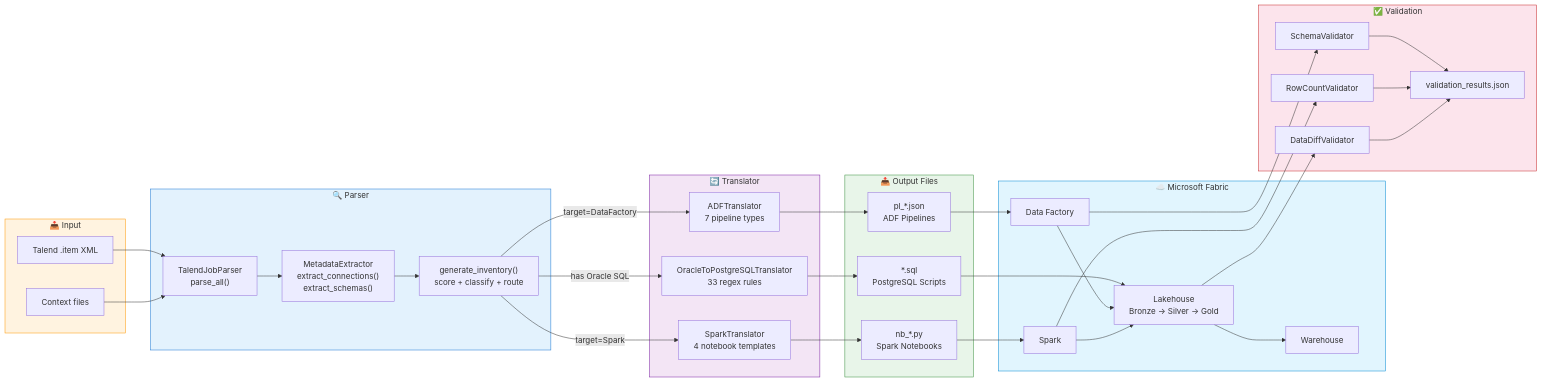
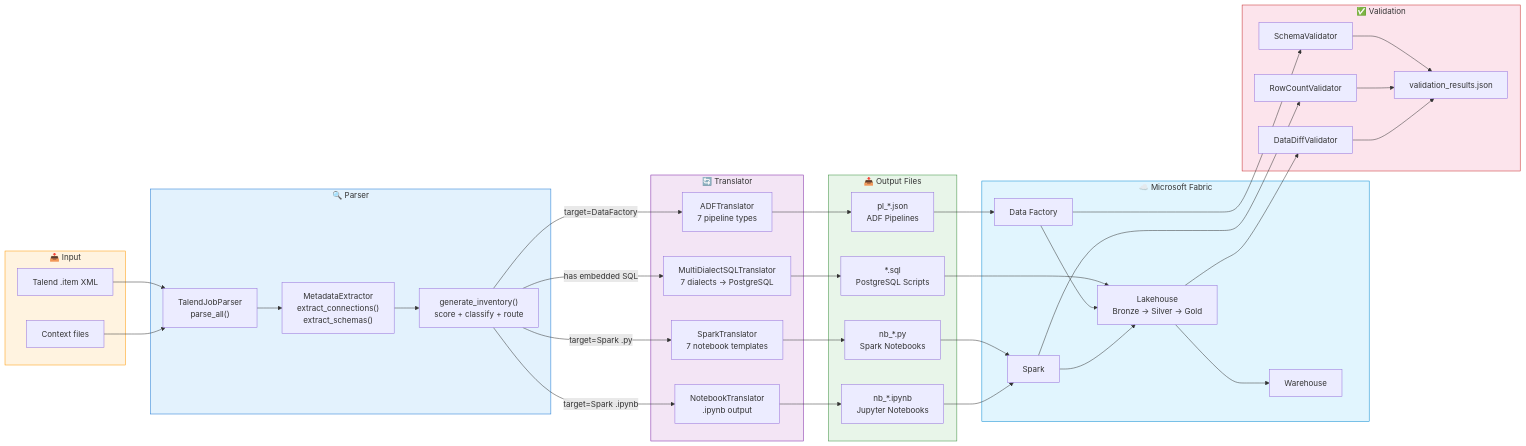
The first of 10 diagrams in docs/diagrams.md (cyphou/TalendToFabric), drawn with Mermaid before and after one commit. The commit also changed other lines of this file and 3 other files, not shown here.

First line of the commit message:
docs: update all documentation for 3 output formats, 7 SQL dialects, 200+ components, 423 tests

````diff
--- a/docs/diagrams.md
+++ b/docs/diagrams.md
@@ -25,71 +26,76 @@
 ```mermaid
 flowchart LR
     subgraph INPUT["📥 Input"]
         XML["Talend .item XML"]
         CTX["Context files"]
     end
 
     subgraph PARSER["🔍 Parser"]
         TJP["TalendJobParser<br/>parse_all()"]
         ME["MetadataExtractor<br/>extract_connections()<br/>extract_schemas()"]
         GI["generate_inventory()<br/>score + classify + route"]
     end
 
     subgraph TRANSLATOR["🔄 Translator"]
         ADF["ADFTranslator<br/>7 pipeline types"]
-        SPK["SparkTranslator<br/>4 notebook templates"]
-        SQL["OracleToPostgreSQLTranslator<br/>33 regex rules"]
+        SPK["SparkTranslator<br/>7 notebook templates"]
+        NBT["NotebookTranslator<br/>.ipynb output"]
+        SQL["MultiDialectSQLTranslator<br/>7 dialects → PostgreSQL"]
     end
 
     subgraph OUTPUT["📤 Output Files"]
         PL["pl_*.json<br/>ADF Pipelines"]
         NB["nb_*.py<br/>Spark Notebooks"]
+        IPYNB["nb_*.ipynb<br/>Jupyter Notebooks"]
         SQ["*.sql<br/>PostgreSQL Scripts"]
     end
 
     subgraph FABRIC["☁️ Microsoft Fabric"]
         DF["Data Factory"]
         SK["Spark"]
         LH["Lakehouse<br/>Bronze → Silver → Gold"]
         WH["Warehouse"]
     end
 
     subgraph VALIDATION["✅ Validation"]
         SV["SchemaValidator"]
         RC["RowCountValidator"]
         DD["DataDiffValidator"]
         VR["validation_results.json"]
     end
 
     XML --> TJP
     CTX --> TJP
     TJP --> ME
     ME --> GI
     GI -->|target=DataFactory| ADF
-    GI -->|target=Spark| SPK
-    GI -->|has Oracle SQL| SQL
+    GI -->|target=Spark .py| SPK
+    GI -->|target=Spark .ipynb| NBT
+    GI -->|has embedded SQL| SQL
 
     ADF --> PL
     SPK --> NB
+    NBT --> IPYNB
     SQL --> SQ
 
     PL --> DF
     NB --> SK
+    IPYNB --> SK
     SQ --> LH
 
     DF --> LH
     SK --> LH
     LH --> WH
 
     DF --> SV
     SK --> RC
     LH --> DD
     SV & RC & DD --> VR
 
     style INPUT fill:#fff3e0,stroke:#ff9800
     style PARSER fill:#e3f2fd,stroke:#1976d2
     style TRANSLATOR fill:#f3e5f5,stroke:#7b1fa2
     style OUTPUT fill:#e8f5e9,stroke:#388e3c
     style FABRIC fill:#e1f5fe,stroke:#0288d1
     style VALIDATION fill:#fce4ec,stroke:#c62828
 ```
````
